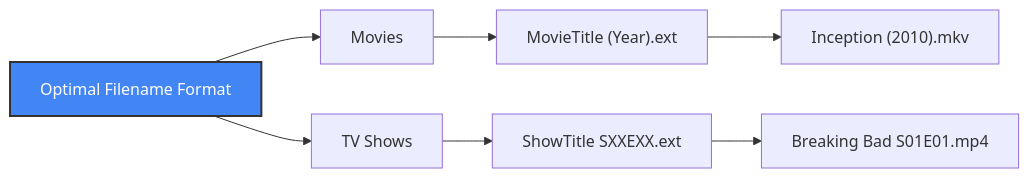
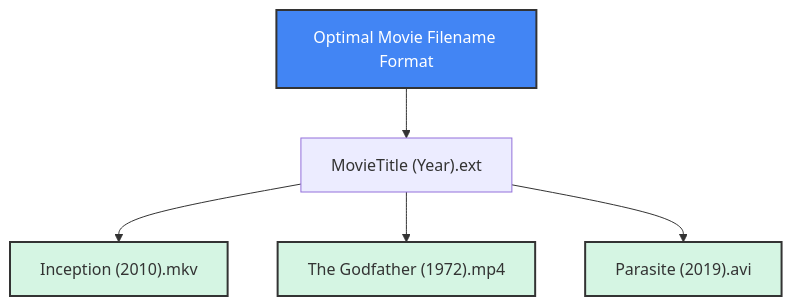
Before and after one commit to ByteTrix/Media-Player-Scrobbler-for-Simkl: the fifth of 5 diagrams in docs/media-players.md, drawn with Mermaid. The commit also changed other lines of this file and 10 other files, not shown here.

````diff
--- a/docs/media-players.md
+++ b/docs/media-players.md
@@ -102,10 +216,11 @@
 ```mermaid
-graph LR
-    A[Optimal Filename Format] --> B[Movies]
-    A --> C[TV Shows]
-    B --> D["MovieTitle (Year).ext"]
-    C --> E["ShowTitle SXXEXX.ext"]
-    D --> F["Inception (2010).mkv"]
-    E --> G["Breaking Bad S01E01.mp4"]
+graph TD
+    A[Optimal Movie Filename Format] --> B["MovieTitle (Year).ext"]
+    B --> C["Inception (2010).mkv"]
+    B --> D["The Godfather (1972).mp4"]
+    B --> E["Parasite (2019).avi"]
     style A fill:#4285f4,stroke:#333,stroke-width:2px,color:#fff
+    style C fill:#d5f5e3,stroke:#333,stroke-width:2px
+    style D fill:#d5f5e3,stroke:#333,stroke-width:2px
+    style E fill:#d5f5e3,stroke:#333,stroke-width:2px
 ```
````
